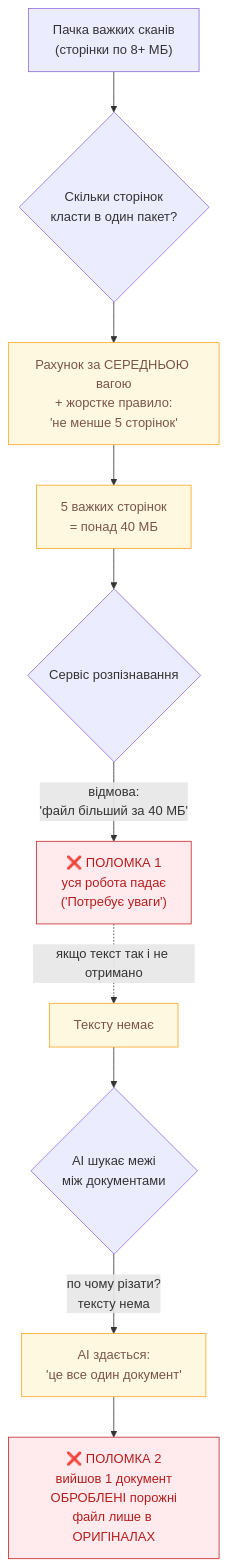
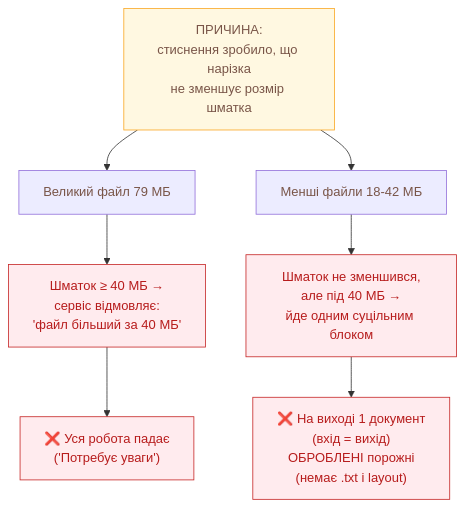
One commit to vadymlevyt/registry changed the third of 5 diagrams in docs/mermaid/flow_dp_regression_40mb_diagnosis.md. Above: the diagram before and after it, drawn with Mermaid. The commit also changed other lines of this file and 1 other file, not shown here.

First line of the commit message:
docs: поправка діагнозу — корінь регресії нарізки = стиснення PDF, не floor

````diff
--- a/docs/mermaid/flow_dp_regression_40mb_diagnosis.md
+++ b/docs/mermaid/flow_dp_regression_40mb_diagnosis.md
@@ -33,20 +68,18 @@
 ```mermaid
 flowchart TD
-    START["Пачка важких сканів<br/>(сторінки по 8+ МБ)"] --> SIZE{"Скільки сторінок<br/>класти в один пакет?"}
+    ROOT["ПРИЧИНА:<br/>стиснення зробило, що нарізка<br/>не зменшує розмір шматка"]
 
-    SIZE --> RULE["Рахунок за СЕРЕДНЬОЮ вагою<br/>+ жорстке правило:<br/>'не менше 5 сторінок'"]
-    RULE --> BAD1["5 важких сторінок<br/>= понад 40 МБ"]
+    ROOT --> BIG["Великий файл 79 МБ"]
+    ROOT --> SMALL["Менші файли 18-42 МБ"]
 
-    BAD1 --> CRASH{"Сервіс розпізнавання"}
-    CRASH -->|"відмова:<br/>'файл більший за 40 МБ'"| FAIL1["❌ ПОЛОМКА 1<br/>уся робота падає<br/>('Потребує уваги')"]
+    BIG --> BIGR["Шматок &ge; 40 МБ →<br/>сервіс відмовляє:<br/>'файл більший за 40 МБ'"]
+    BIGR --> BIGF["❌ Уся робота падає<br/>('Потребує уваги')"]
 
-    FAIL1 -.->|"якщо текст так і не отримано"| NOTEXT["Тексту немає"]
-    NOTEXT --> AICUT{"AI шукає межі<br/>між документами"}
-    AICUT -->|"по чому різати?<br/>тексту нема"| GIVEUP["AI здається:<br/>'це все один документ'"]
-    GIVEUP --> FAIL2["❌ ПОЛОМКА 2<br/>вийшов 1 документ<br/>ОБРОБЛЕНІ порожні<br/>файл лише в ОРИГІНАЛАХ"]
+    SMALL --> SMR["Шматок не зменшився,<br/>але під 40 МБ →<br/>йде одним суцільним блоком"]
+    SMR --> SMF["❌ На виході 1 документ<br/>(вхід = вихід)<br/>ОБРОБЛЕНІ порожні<br/>(немає .txt і layout)"]
 
+    classDef root fill:#fff8e1,stroke:#f9a825,color:#795548;
     classDef bad fill:#ffebee,stroke:#c62828,color:#b71c1c;
-    classDef warn fill:#fff8e1,stroke:#f9a825,color:#795548;
-    class FAIL1,FAIL2 bad;
-    class RULE,BAD1,GIVEUP,NOTEXT warn;
+    class ROOT root;
+    class BIGF,SMF,BIGR,SMR bad;
 ```
````
